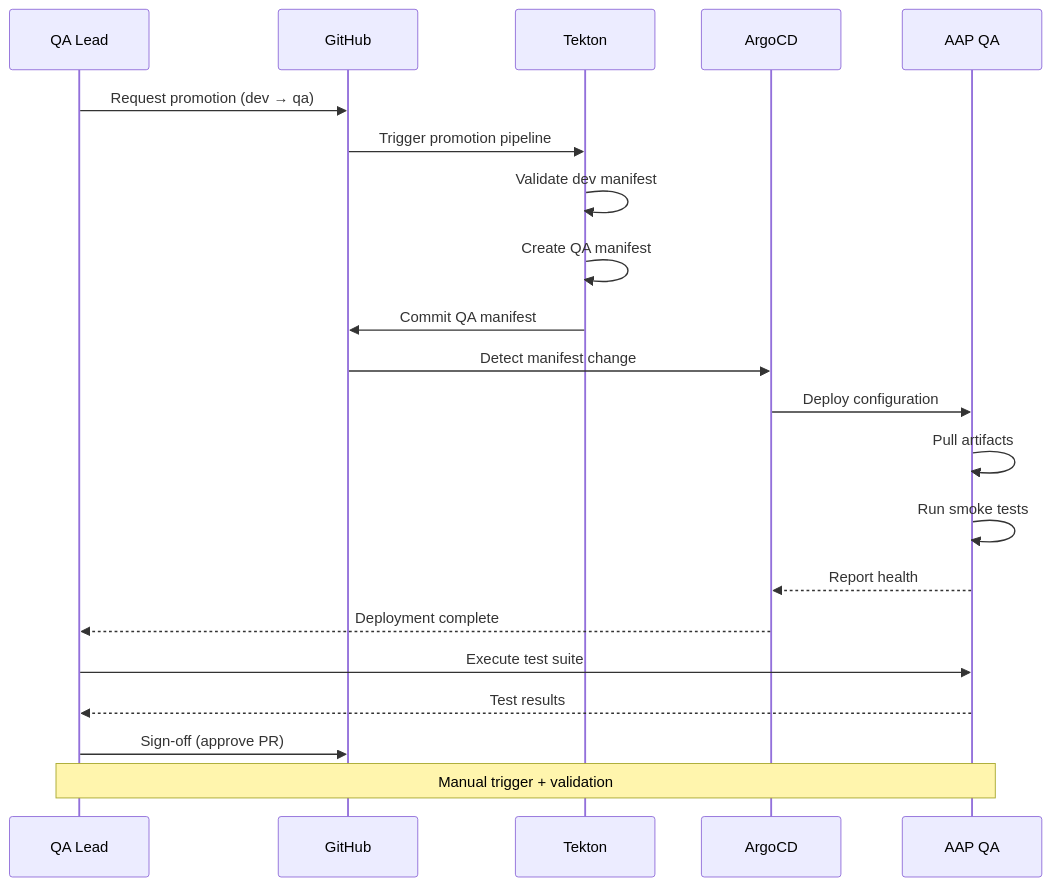
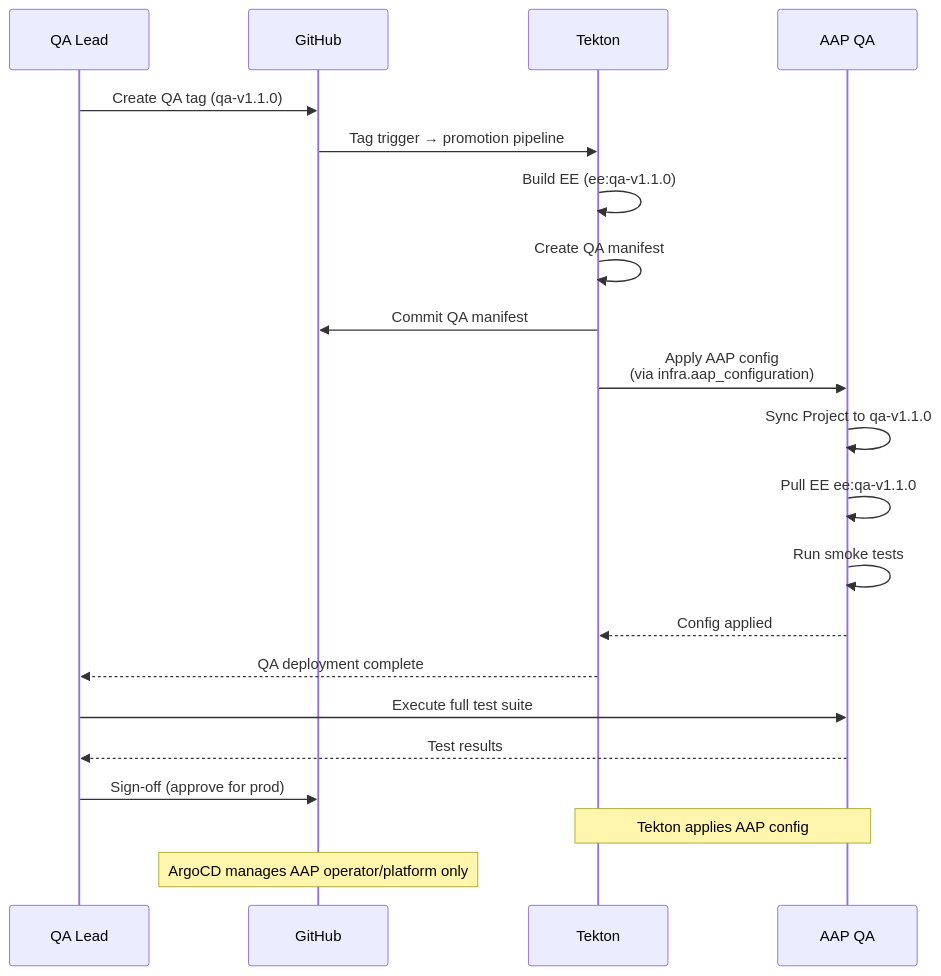
Before and after one commit to djdanielsson/rh1-docs: the fifth of 17 diagrams in docs/diagrams/PROMOTION-FLOW.md, drawn with Mermaid. The commit also changed other lines of this file, not shown here.

````diff
--- a/docs/diagrams/PROMOTION-FLOW.md
+++ b/docs/diagrams/PROMOTION-FLOW.md
@@ -232,28 +281,28 @@
 ```mermaid
 sequenceDiagram
     participant QA_Lead as QA Lead
     participant GH as GitHub
     participant Tek as Tekton
-    participant Argo as ArgoCD
     participant AAP_Q as AAP QA
 
-    QA_Lead->>GH: Request promotion (dev → qa)
-    GH->>Tek: Trigger promotion pipeline
+    QA_Lead->>GH: Create QA tag (qa-v1.1.0)
+    GH->>Tek: Tag trigger → promotion pipeline
     
-    Tek->>Tek: Validate dev manifest
+    Tek->>Tek: Build EE (ee:qa-v1.1.0)
     Tek->>Tek: Create QA manifest
     Tek->>GH: Commit QA manifest
     
-    GH->>Argo: Detect manifest change
-    Argo->>AAP_Q: Deploy configuration
-    AAP_Q->>AAP_Q: Pull artifacts
+    Tek->>AAP_Q: Apply AAP config<br/>(via infra.aap_configuration)
+    AAP_Q->>AAP_Q: Sync Project to qa-v1.1.0
+    AAP_Q->>AAP_Q: Pull EE ee:qa-v1.1.0
     AAP_Q->>AAP_Q: Run smoke tests
-    AAP_Q-->>Argo: Report health
-    Argo-->>QA_Lead: Deployment complete
+    AAP_Q-->>Tek: Config applied
+    Tek-->>QA_Lead: QA deployment complete
     
-    QA_Lead->>AAP_Q: Execute test suite
+    QA_Lead->>AAP_Q: Execute full test suite
     AAP_Q-->>QA_Lead: Test results
-    QA_Lead->>GH: Sign-off (approve PR)
+    QA_Lead->>GH: Sign-off (approve for prod)
 
-    Note over QA_Lead,AAP_Q: Manual trigger + validation
+    Note over Tek,AAP_Q: Tekton applies AAP config
+    Note over GH: ArgoCD manages AAP operator/platform only
 ```
````
